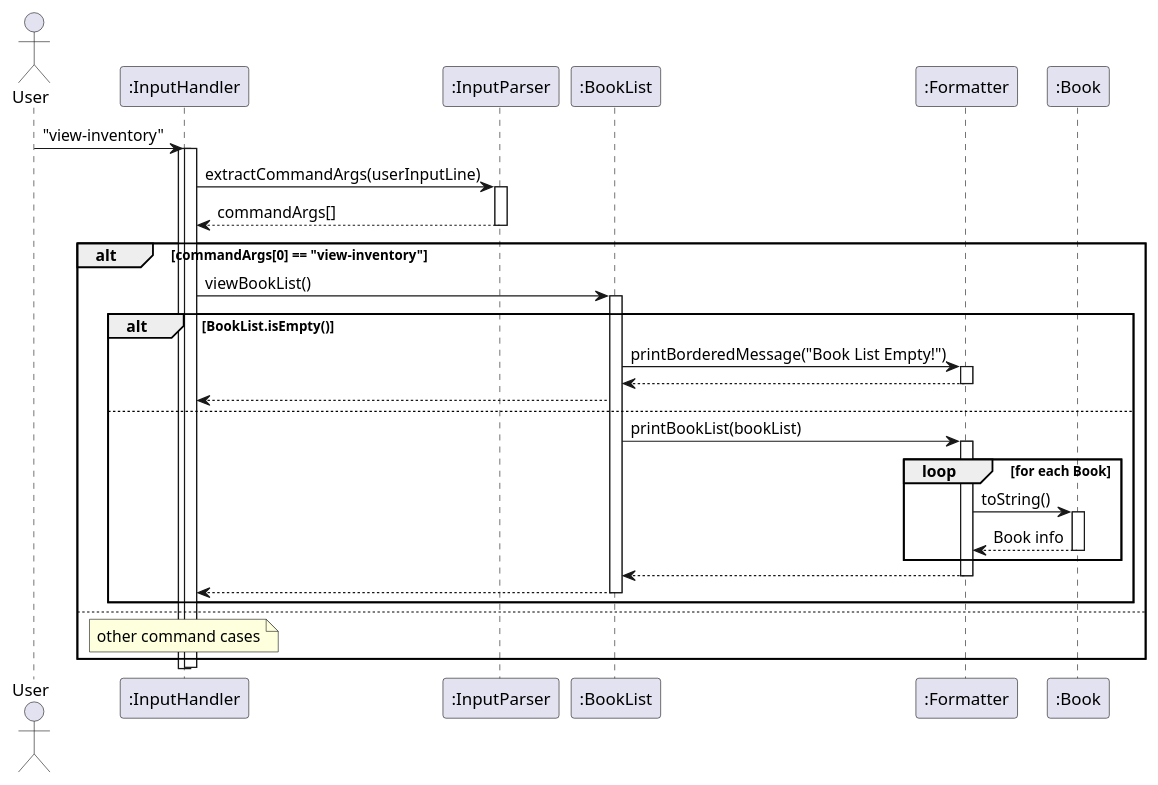
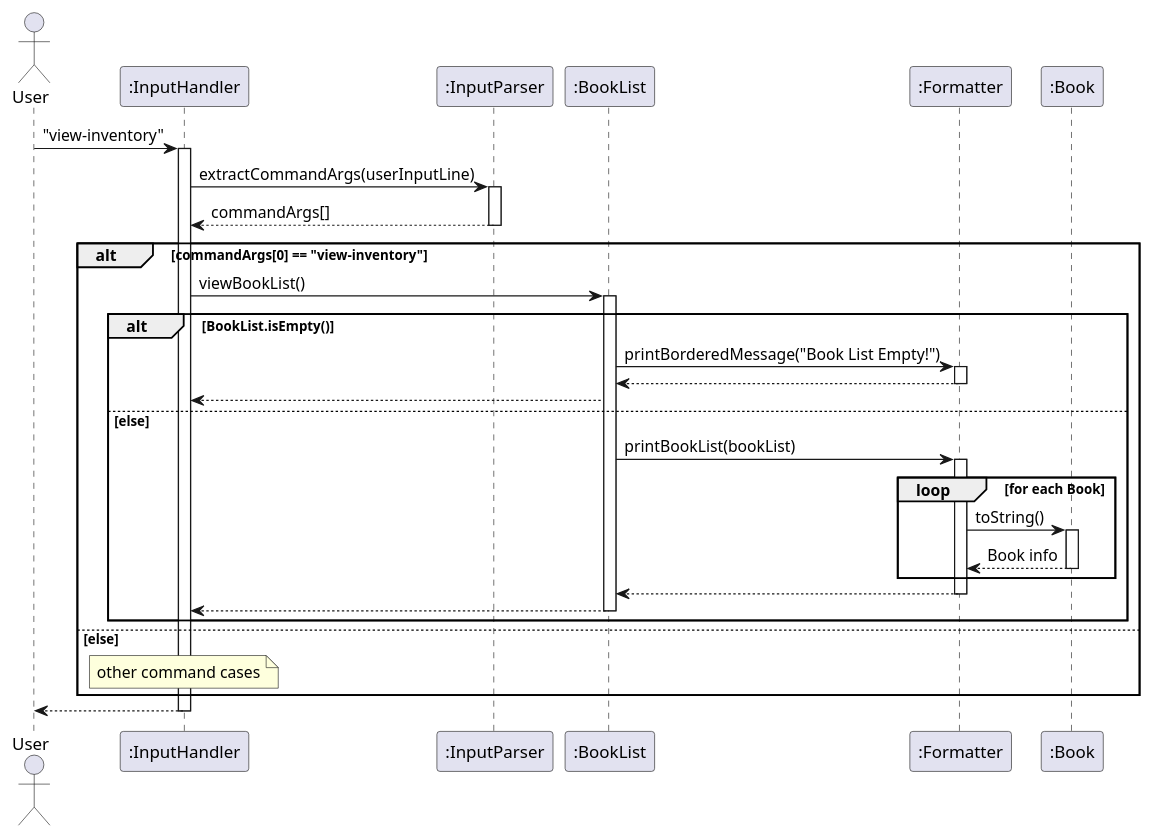
The diagram in docs/diagrams/viewInventory.puml (AY2425S2-CS2113-T12-2/tp), drawn with PlantUML before and after one commit. The commit also changed 1 other file, not shown here.

```diff
--- a/docs/diagrams/viewInventory.puml
+++ b/docs/diagrams/viewInventory.puml
@@ -1,48 +1,47 @@
 @startuml
 actor User
 participant InputHandler as ":InputHandler"
 participant InputParser as ":InputParser"
 participant BookList as ":BookList"
 participant Formatter as ":Formatter"
 participant Book as ":Book"
 
 
 User -> InputHandler: "view-inventory"
 activate InputHandler
-    activate InputHandler
     InputHandler -> InputParser: extractCommandArgs(userInputLine)
     activate InputParser
     InputParser --> InputHandler: commandArgs[]
     deactivate InputParser
     alt commandArgs[0] == "view-inventory"
         InputHandler -> BookList: viewBookList()
         activate BookList
         alt BookList.isEmpty() 
             BookList -> Formatter : printBorderedMessage("Book List Empty!")
             activate Formatter
             Formatter --> BookList
             deactivate Formatter
             BookList --> InputHandler
-        else
-
+        else else
             BookList -> Formatter: printBookList(bookList)
             activate Formatter
                 loop for each Book
                     Formatter -> Book: toString()
                     activate Book
                     Book --> Formatter: Book info
                     deactivate Book
                 end
             Formatter --> BookList
             deactivate Formatter
         BookList --> InputHandler
         deactivate BookList
         end
-    else
+    else else
     note over InputHandler
     other command cases
     end note
 end
+InputHandler --> User
 deactivate InputHandler
 
 @enduml
```
